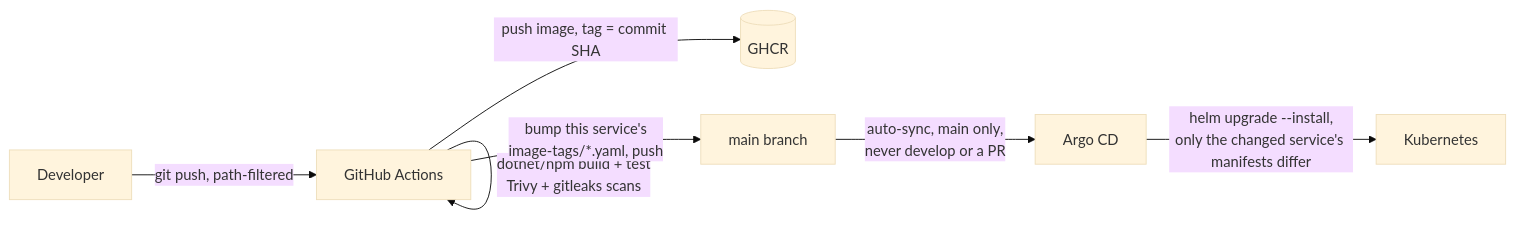
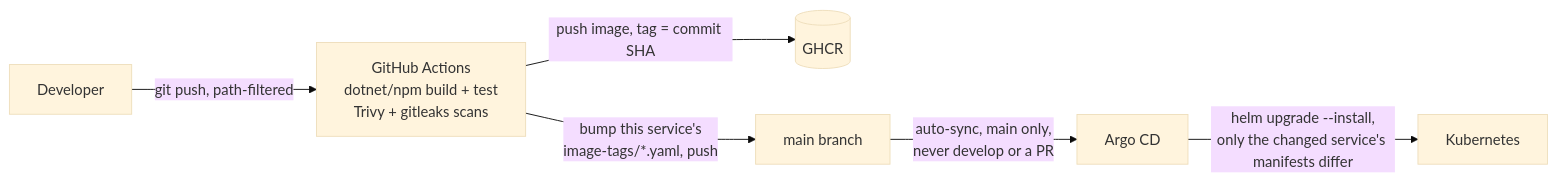
One commit to alex-shepel-oo/gaming-backend-platform changed the diagram in docs/operations/gitops.md. Above: the diagram before and after it, drawn with Mermaid (base theme). The commit also changed 1 other file, not shown here.

Commit message:
fix(readme): drop the self-referencing CI node in both GitOps diagrams
CI --> CI, meant as shorthand for "these steps happen inside CI," reads
as a stray loop rather than a real transition. Folded into the node's
own label instead.

````diff
--- a/docs/operations/gitops.md
+++ b/docs/operations/gitops.md
@@ -3,9 +3,8 @@
 ```mermaid
 flowchart LR
-    Dev[Developer] -->|git push, path-filtered| CI[GitHub Actions]
-    CI -->|dotnet/npm build + test<br/>Trivy + gitleaks scans| CI
+    Dev[Developer] -->|git push, path-filtered| CI["GitHub Actions<br/>dotnet/npm build + test<br/>Trivy + gitleaks scans"]
     CI -->|push image, tag = commit SHA| GHCR[(GHCR)]
     CI -->|bump this service's<br/>image-tags/*.yaml, push| Main[main branch]
     Main -->|auto-sync, main only,<br/>never develop or a PR| ArgoCD[Argo CD]
     ArgoCD -->|helm upgrade --install,<br/>only the changed service's manifests differ| K8s[Kubernetes]
 ```
````
